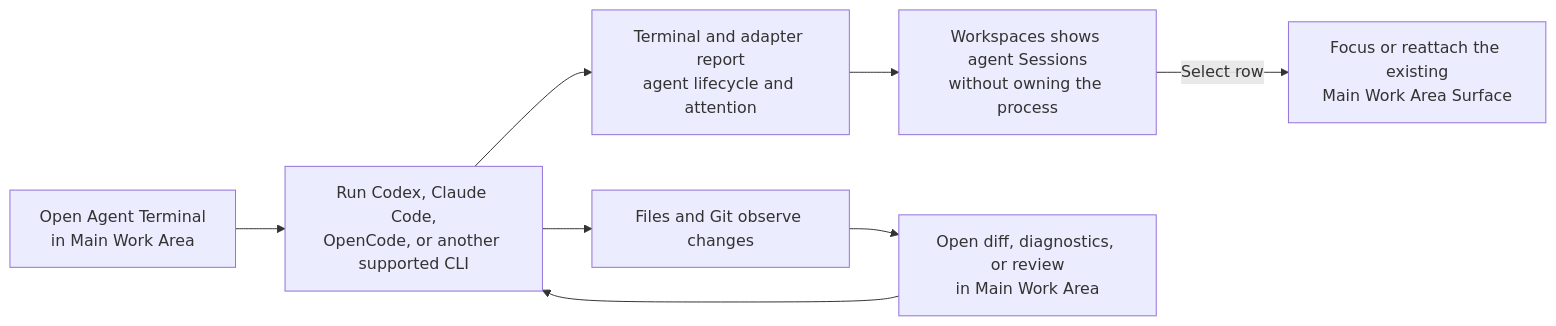
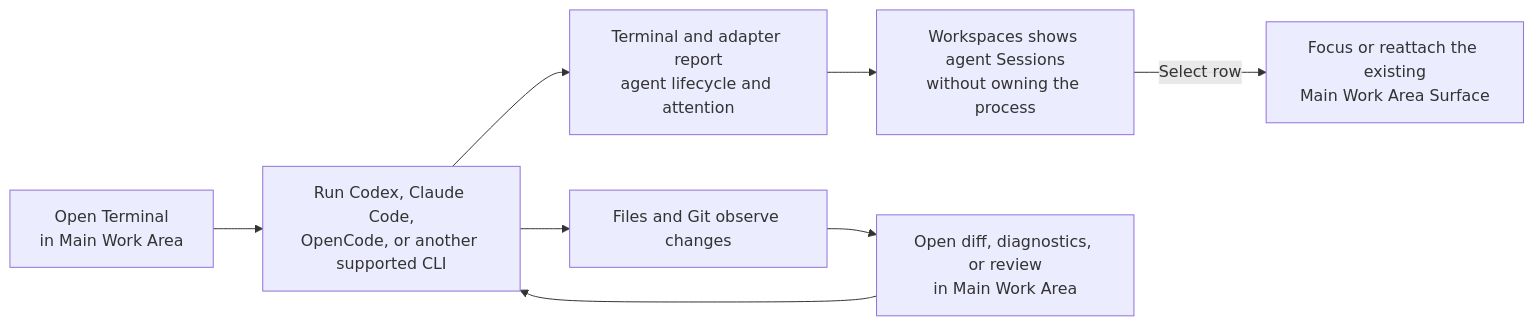
Before and after one commit to Oreoro/dez: the second of 3 diagrams in docs/src/development/dez/fork-notes.md, drawn with Mermaid. The commit also changed other lines of this file and 27 other files, not shown here.

````diff
--- a/docs/src/development/dez/fork-notes.md
+++ b/docs/src/development/dez/fork-notes.md
@@ -104,10 +104,10 @@
 ```mermaid
 flowchart LR
-    START["Open Agent Terminal<br/>in Main Work Area"] --> RUN["Run Codex, Claude Code,<br/>OpenCode, or another supported CLI"]
+    START["Open Terminal<br/>in Main Work Area"] --> RUN["Run Codex, Claude Code,<br/>OpenCode, or another supported CLI"]
     RUN --> OBSERVE["Terminal and adapter report<br/>agent lifecycle and attention"]
     OBSERVE --> SESSIONS["Workspaces shows agent Sessions<br/>without owning the process"]
     SESSIONS -->|Select row| RETURN["Focus or reattach the existing<br/>Main Work Area Surface"]
     RUN --> CHANGES["Files and Git observe changes"]
     CHANGES --> REVIEW["Open diff, diagnostics, or review<br/>in Main Work Area"]
     REVIEW --> RUN
 ```
````
